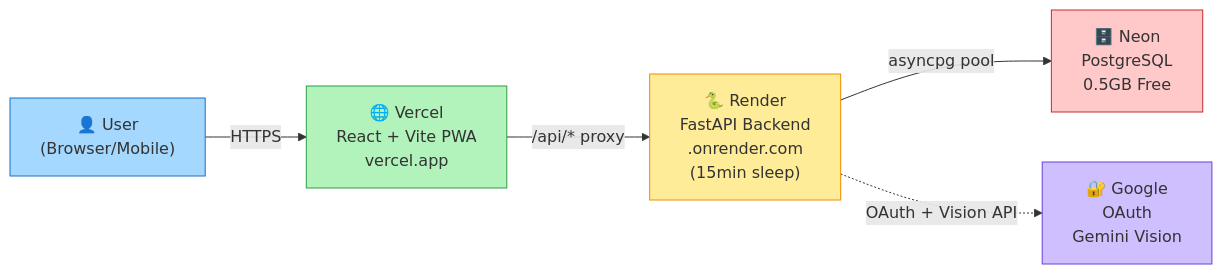
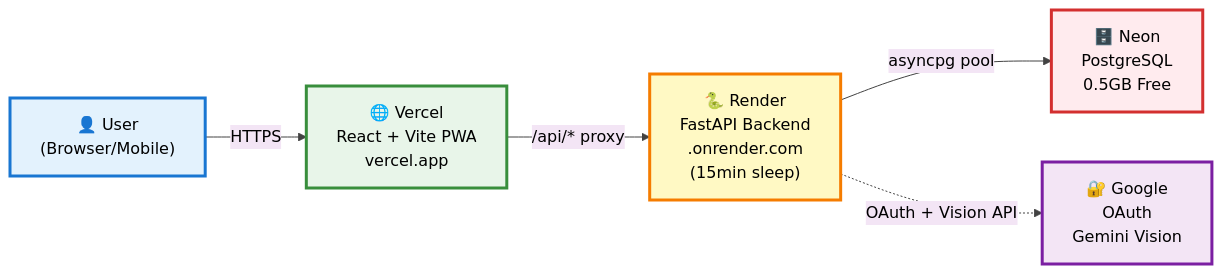
One commit to shra1-honade/protein-calorie-tracker changed the first of 6 diagrams in docs/ARCHITECTURE.md. Above: the diagram before and after it, drawn with Mermaid. The commit also changed other lines of this file, not shown here.

First line of the commit message:
Improve Mermaid diagram styling with better colors

````diff
--- a/docs/ARCHITECTURE.md
+++ b/docs/ARCHITECTURE.md
@@ -7,13 +7,14 @@
 ```mermaid
+%%{init: {'theme':'base', 'themeVariables': { 'primaryColor':'#e3f2fd','primaryTextColor':'#000','primaryBorderColor':'#1976d2','lineColor':'#424242','secondaryColor':'#f3e5f5','tertiaryColor':'#e8f5e9'}}}%%
 graph LR
     User["👤 User<br/>(Browser/Mobile)"] -->|HTTPS| Vercel["🌐 Vercel<br/>React + Vite PWA<br/>vercel.app"]
     Vercel -->|"/api/* proxy"| Render["🐍 Render<br/>FastAPI Backend<br/>.onrender.com<br/>(15min sleep)"]
     Render -->|asyncpg pool| Neon["🗄️ Neon<br/>PostgreSQL<br/>0.5GB Free"]
     Render -.->|OAuth + Vision API| Google["🔐 Google<br/>OAuth<br/>Gemini Vision"]
 
-    style User fill:#a5d8ff,stroke:#1971c2
-    style Vercel fill:#b2f2bb,stroke:#2f9e44
-    style Render fill:#ffec99,stroke:#f08c00
-    style Neon fill:#ffc9c9,stroke:#c92a2a
-    style Google fill:#d0bfff,stroke:#6741d9
+    style User fill:#E3F2FD,stroke:#1976D2,stroke-width:3px,color:#000
+    style Vercel fill:#E8F5E9,stroke:#388E3C,stroke-width:3px,color:#000
+    style Render fill:#FFF9C4,stroke:#F57C00,stroke-width:3px,color:#000
+    style Neon fill:#FFEBEE,stroke:#D32F2F,stroke-width:3px,color:#000
+    style Google fill:#F3E5F5,stroke:#7B1FA2,stroke-width:3px,color:#000
 ```
````
